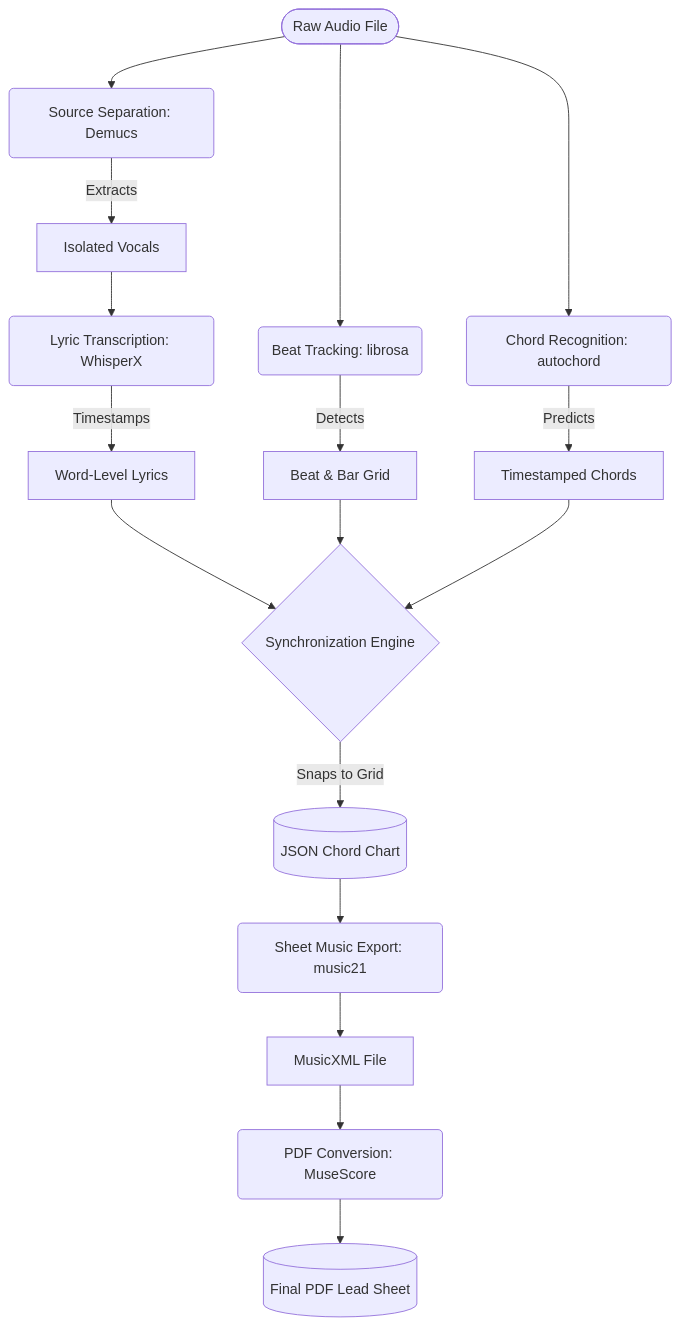
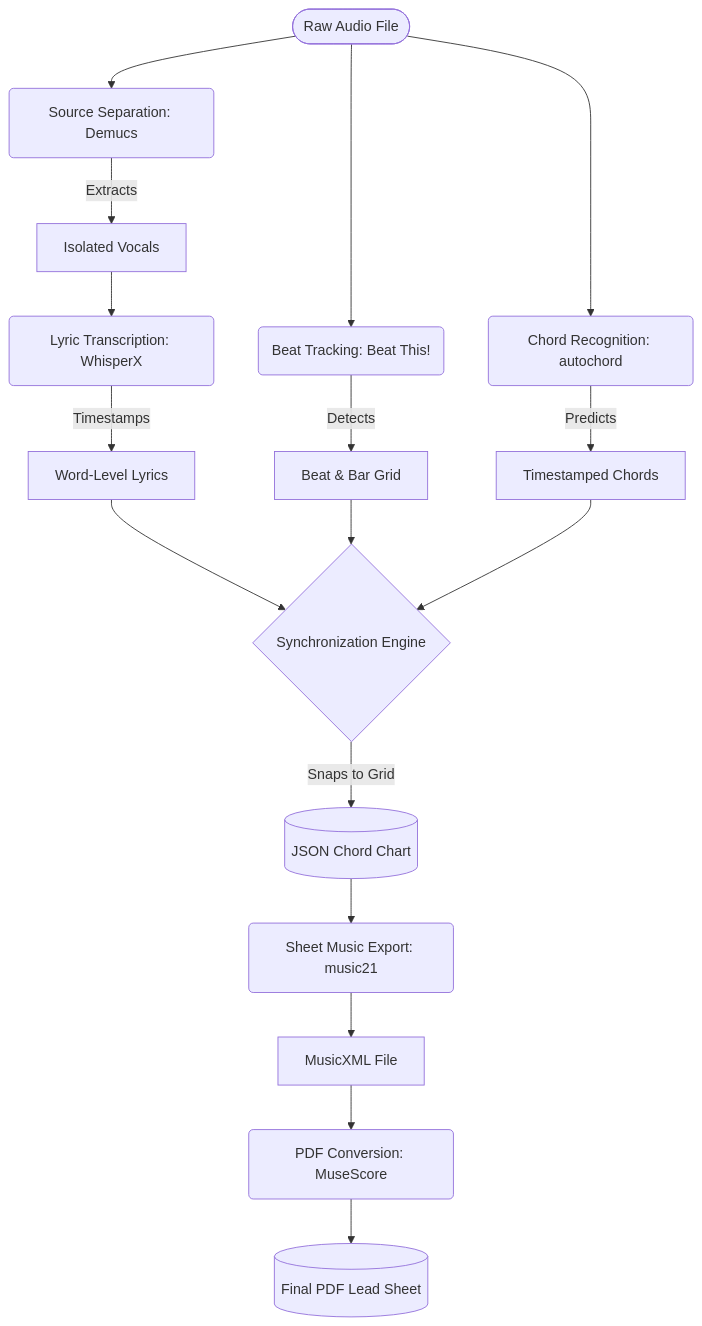
One commit to nclliu/CoverBuddy changed the diagram in README.md. Above: the diagram before and after it, drawn with Mermaid. The commit also changed other lines of this file and 1 other file, not shown here.

Commit message:
update to beat this

````diff
--- a/README.md
+++ b/README.md
@@ -29,23 +29,23 @@
 ```mermaid
 graph TD
     Audio([Raw Audio File]) --> Demucs(Source Separation: Demucs)
-    Audio --> Librosa(Beat Tracking: librosa)
+    Audio --> BeatThis(Beat Tracking: Beat This!)
     Audio --> Autochord(Chord Recognition: autochord)
 
     Demucs -->|Extracts| Vocals[Isolated Vocals]
     Vocals --> WhisperX(Lyric Transcription: WhisperX)
     WhisperX -->|Timestamps| Lyrics[Word-Level Lyrics]
 
-    Librosa -->|Detects| BeatGrid[Beat & Bar Grid]
+    BeatThis -->|Detects| BeatGrid[Beat & Bar Grid]
     Autochord -->|Predicts| Chords[Timestamped Chords]
 
     Lyrics --> Sync{Synchronization Engine}
     BeatGrid --> Sync
     Chords --> Sync
 
     Sync -->|Snaps to Grid| JSON[(JSON Chord Chart)]
     JSON --> Music21(Sheet Music Export: music21)
     Music21 --> XML[MusicXML File]
     XML --> MuseScore(PDF Conversion: MuseScore)
     MuseScore --> PDF[(Final PDF Lead Sheet)]
 ```
````
